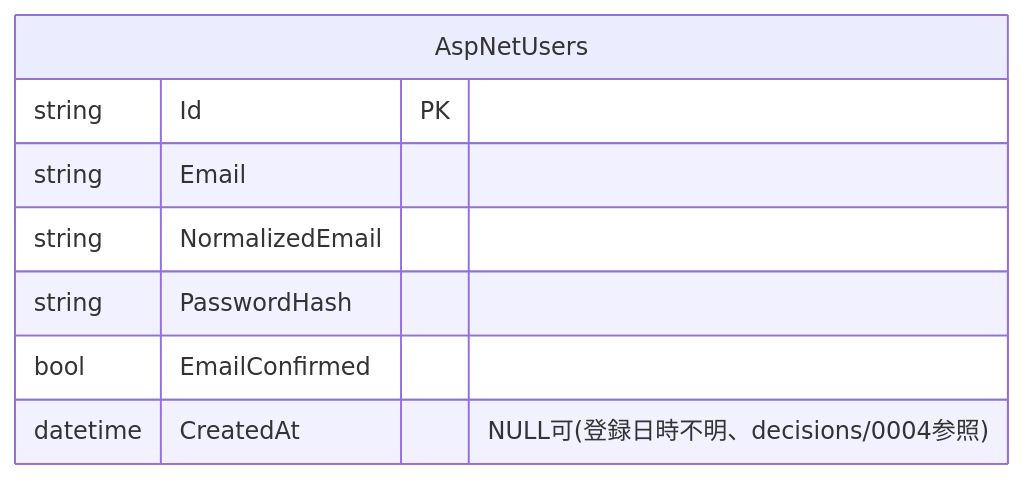
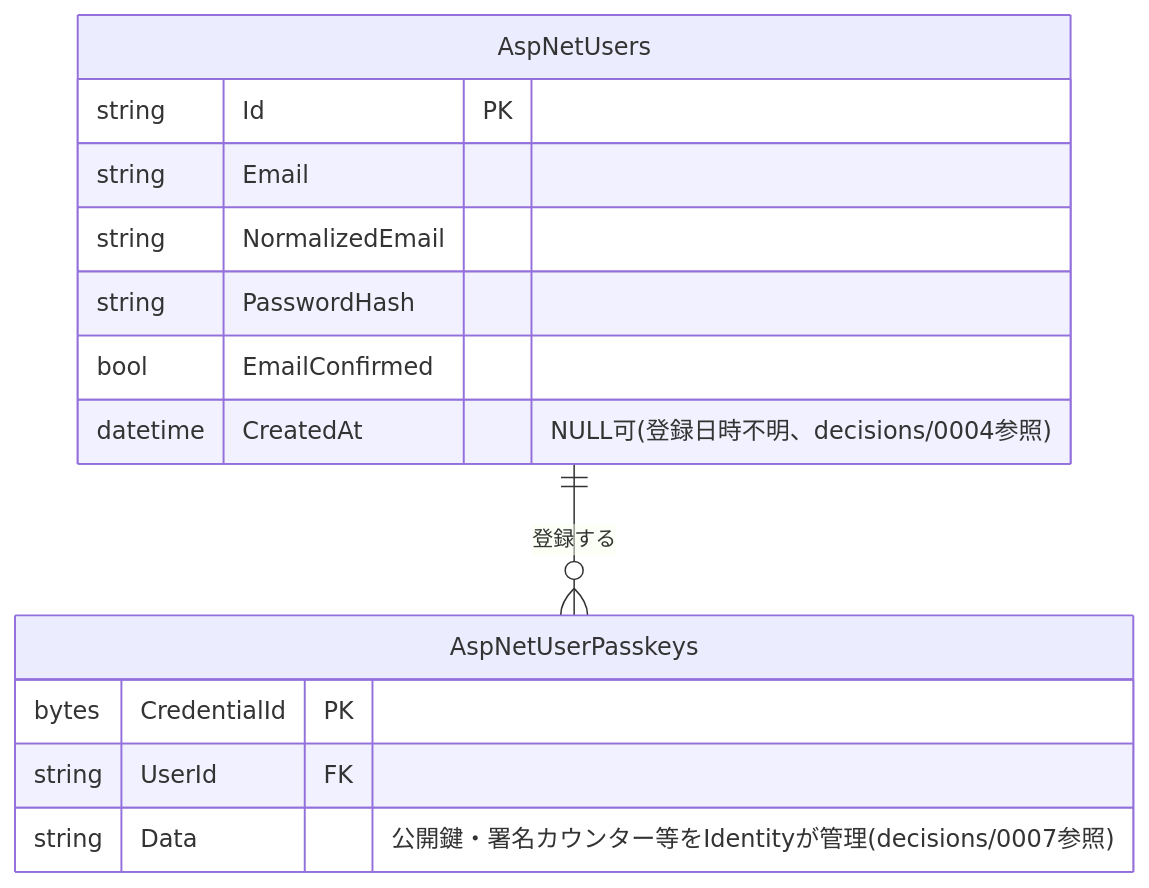
Before and after one commit to org-gbz3/try-svelte: the diagram in docs/features/auth.md, drawn with Mermaid. The commit also changed other lines of this file and 15 other files, not shown here.

````diff
--- a/docs/features/auth.md
+++ b/docs/features/auth.md
@@ -9,11 +9,17 @@
 ```mermaid
 erDiagram
     AspNetUsers {
         string Id PK
         string Email
         string NormalizedEmail
         string PasswordHash
         bool EmailConfirmed
         datetime CreatedAt "NULL可(登録日時不明、decisions/0004参照)"
     }
+    AspNetUserPasskeys {
+        bytes CredentialId PK
+        string UserId FK
+        string Data "公開鍵・署名カウンター等をIdentityが管理(decisions/0007参照)"
+    }
+    AspNetUsers ||--o{ AspNetUserPasskeys : "登録する"
 ```
````
